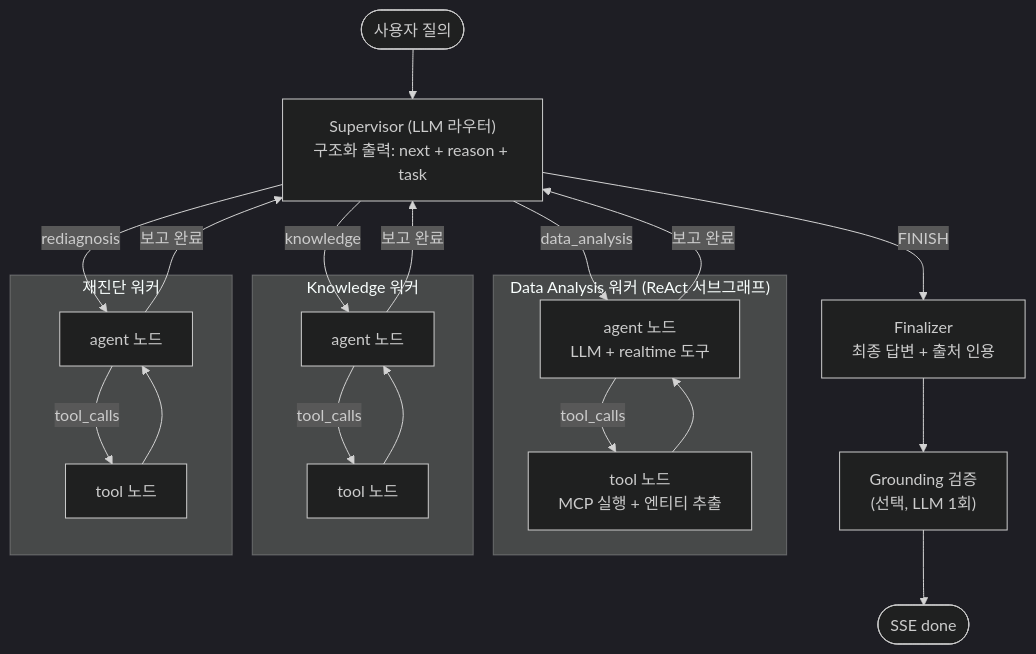
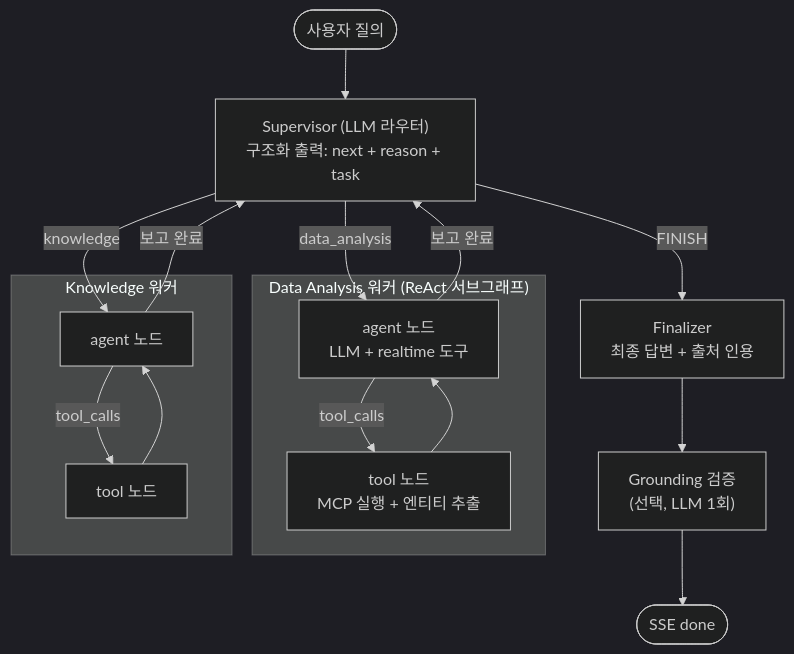
One commit to PitCrew-Agent/Agentory-fastAPI changed the diagram in docs/agent/architecture.md. Above: the diagram before and after it, drawn with Mermaid (dark theme). The commit also changed other lines of this file and 1 other file, not shown here.

Commit message:
docs: 에이전트 문서 현행화 - 재진단 제거·보조 사용처 반영 (NEW_LOOP01_REDIAG01)

````diff
--- a/docs/agent/architecture.md
+++ b/docs/agent/architecture.md
@@ -9,29 +26,23 @@
 ```mermaid
 flowchart TD
     START([사용자 질의]) --> SUP
 
     SUP["Supervisor (LLM 라우터)<br/>구조화 출력: next + reason + task"] -->|data_analysis| DA
     SUP -->|knowledge| KN
-    SUP -->|rediagnosis| RD
     SUP -->|FINISH| FIN
 
     subgraph W1["Data Analysis 워커 (ReAct 서브그래프)"]
         DA[agent 노드<br/>LLM + realtime 도구] -->|tool_calls| DAT[tool 노드<br/>MCP 실행 + 엔티티 추출]
         DAT --> DA
     end
     subgraph W2["Knowledge 워커"]
         KN[agent 노드] -->|tool_calls| KNT[tool 노드]
         KNT --> KN
     end
-    subgraph W3["재진단 워커"]
-        RD[agent 노드] -->|tool_calls| RDT[tool 노드]
-        RDT --> RD
-    end
 
     DA -->|보고 완료| SUP
     KN -->|보고 완료| SUP
-    RD -->|보고 완료| SUP
 
     FIN["Finalizer<br/>최종 답변 + 출처 인용"] --> GRD["Grounding 검증<br/>(선택, LLM 1회)"]
     GRD --> END([SSE done])
 ```
````
